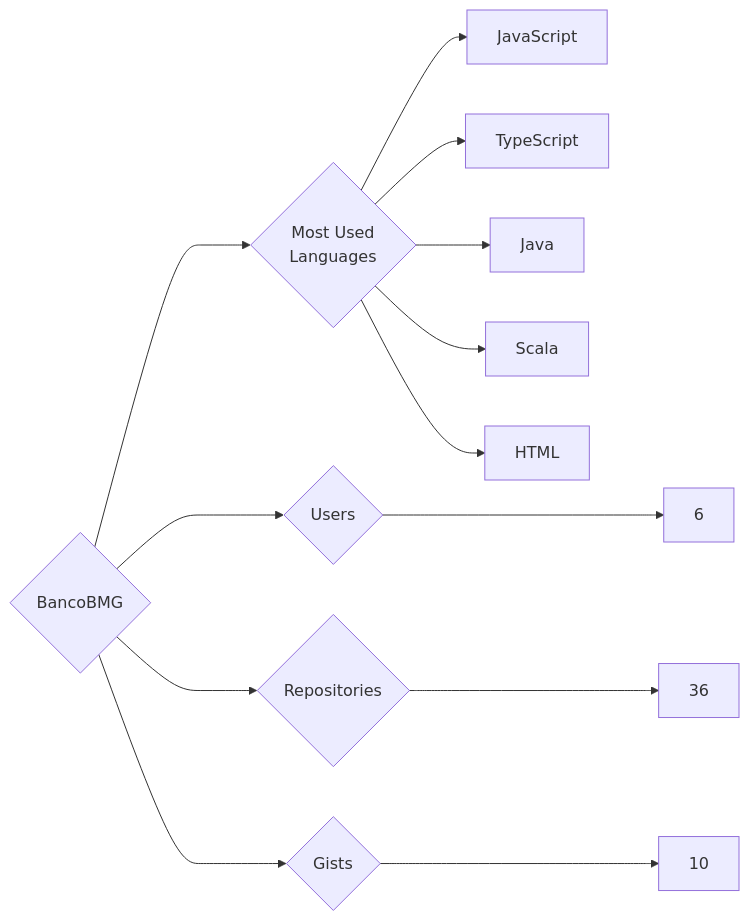
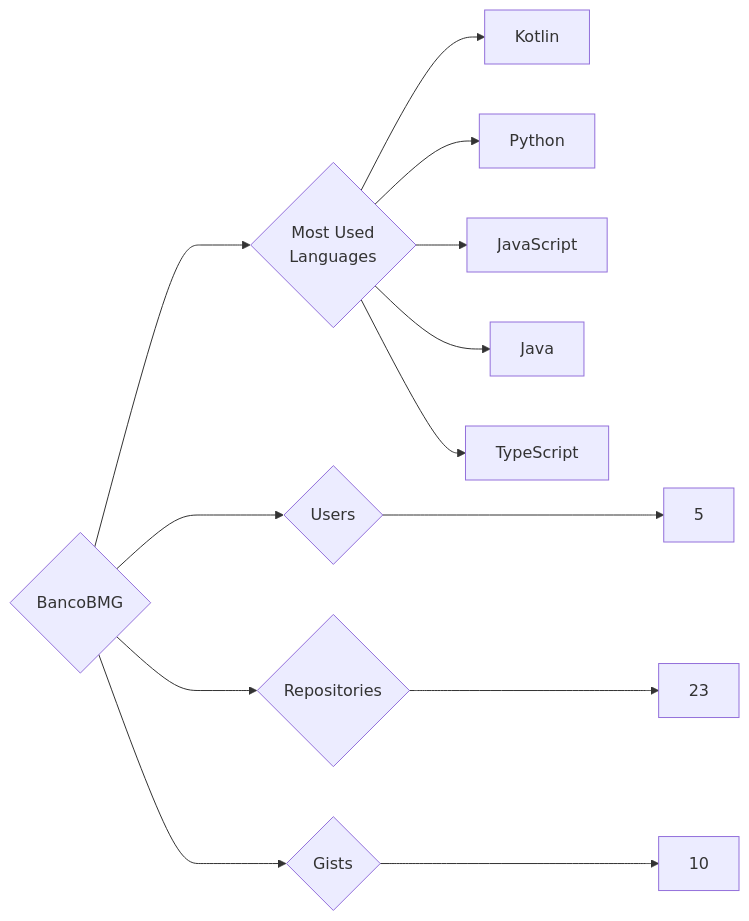
Before and after one commit to trickest/insiders: the diagram in targets/BancoBMG/README.md, drawn with Mermaid. The commit also changed 1175 other files, not shown here.

````diff
--- a/targets/BancoBMG/README.md
+++ b/targets/BancoBMG/README.md
@@ -3,13 +3,13 @@
 ```mermaid
 graph LR
 COMPANY_NAME{BancoBMG}
-COMPANY_NAME ---> U{Users} ---> UN[6]
-COMPANY_NAME ---> R{Repositories} ---> RN[36]
+COMPANY_NAME ---> U{Users} ---> UN[5]
+COMPANY_NAME ---> R{Repositories} ---> RN[23]
 COMPANY_NAME ---> G{Gists} ---> GN[10]
 COMPANY_NAME ---> ML{Most Used<br>Languages}
+ML --> Kotlin[Kotlin]
+ML --> Python[Python]
 ML --> JavaScript[JavaScript]
+ML --> Java[Java]
 ML --> TypeScript[TypeScript]
-ML --> Java[Java]
-ML --> Scala[Scala]
-ML --> HTML[HTML]
 ```
````
